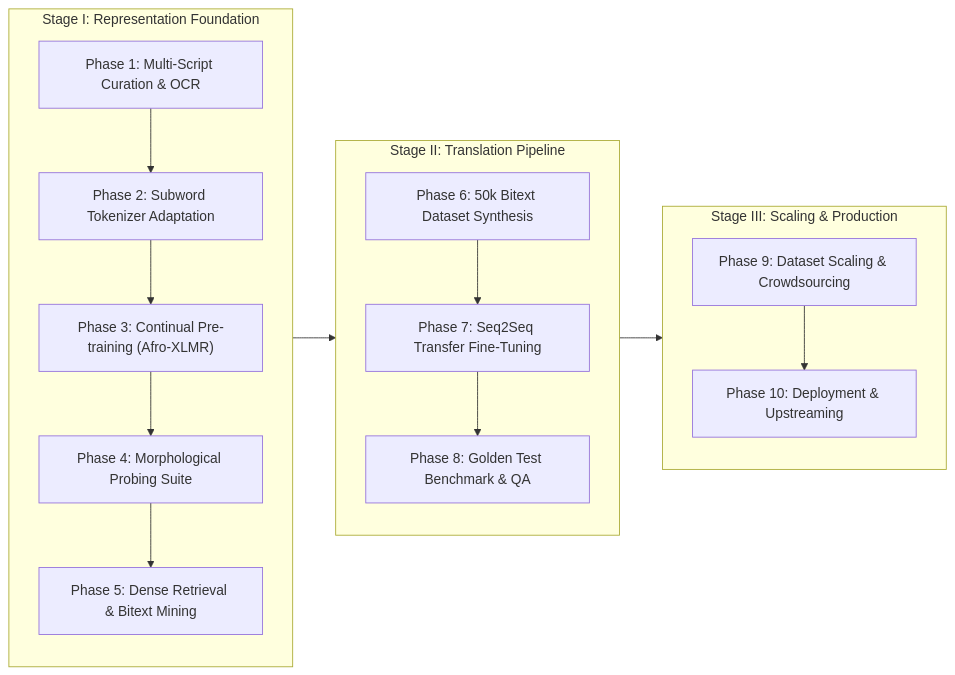
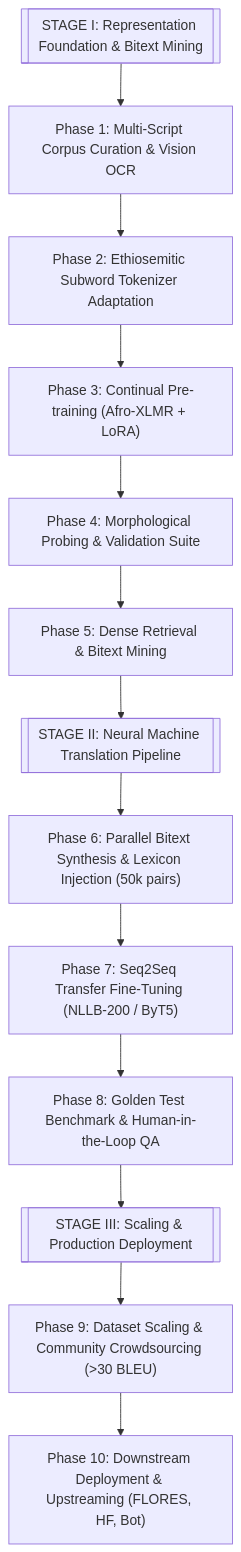
The third of 6 diagrams in README.md (bogdanborovoy/harari-nmt), drawn with Mermaid before and after one commit. The commit also changed 2 other files, not shown here.

Commit message:
Fix Section 5 diagram: restore vertical flowchart TD with milestone headers across all READMEs

````diff
--- a/README.md
+++ b/README.md
@@ -158,30 +158,24 @@
 ```mermaid
-flowchart LR
-    subgraph Stage1 ["Stage I: Representation Foundation"]
-        direction TB
-        P1["Phase 1: Multi-Script Curation & OCR"]
-        P2["Phase 2: Subword Tokenizer Adaptation"]
-        P3["Phase 3: Continual Pre-training (Afro-XLMR)"]
-        P4["Phase 4: Morphological Probing Suite"]
-        P5["Phase 5: Dense Retrieval & Bitext Mining"]
-        P1 --> P2 --> P3 --> P4 --> P5
-    end
+flowchart TD
+    S1[["STAGE I: Representation Foundation & Bitext Mining"]]
+    P1["Phase 1: Multi-Script Corpus Curation & Vision OCR"]
+    P2["Phase 2: Ethiosemitic Subword Tokenizer Adaptation"]
+    P3["Phase 3: Continual Pre-training (Afro-XLMR + LoRA)"]
+    P4["Phase 4: Morphological Probing & Validation Suite"]
+    P5["Phase 5: Dense Retrieval & Bitext Mining"]
 
-    subgraph Stage2 ["Stage II: Translation Pipeline"]
-        direction TB
-        P6["Phase 6: 50k Bitext Dataset Synthesis"]
-        P7["Phase 7: Seq2Seq Transfer Fine-Tuning"]
-        P8["Phase 8: Golden Test Benchmark & QA"]
-        P6 --> P7 --> P8
-    end
+    S2[["STAGE II: Neural Machine Translation Pipeline"]]
+    P6["Phase 6: Parallel Bitext Synthesis & Lexicon Injection (50k pairs)"]
+    P7["Phase 7: Seq2Seq Transfer Fine-Tuning (NLLB-200 / ByT5)"]
+    P8["Phase 8: Golden Test Benchmark & Human-in-the-Loop QA"]
 
-    subgraph Stage3 ["Stage III: Scaling & Production"]
-        direction TB
-        P9["Phase 9: Dataset Scaling & Crowdsourcing"]
-        P10["Phase 10: Deployment & Upstreaming"]
-        P9 --> P10
-    end
+    S3[["STAGE III: Scaling & Production Deployment"]]
+    P9["Phase 9: Dataset Scaling & Community Crowdsourcing (>30 BLEU)"]
+    P10["Phase 10: Downstream Deployment & Upstreaming (FLORES, HF, Bot)"]
 
-    P5 --> P6
-    P8 --> P9
+    S1 --> P1 --> P2 --> P3 --> P4 --> P5
+    P5 --> S2
+    S2 --> P6 --> P7 --> P8
+    P8 --> S3
+    S3 --> P9 --> P10
 ```
````
